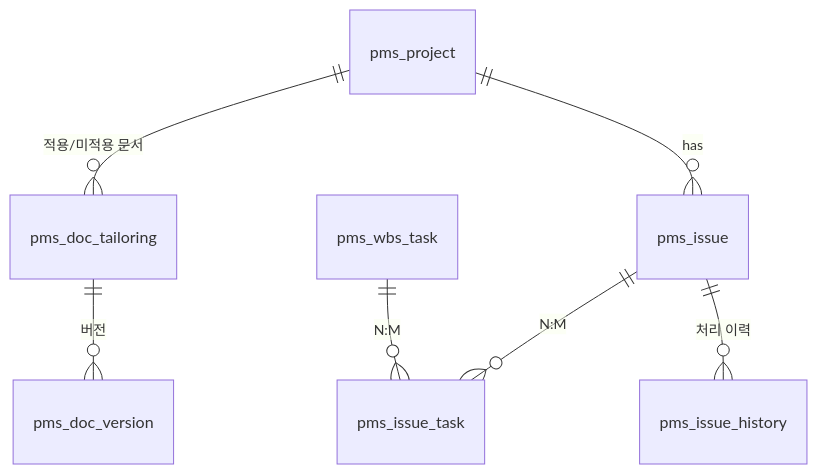
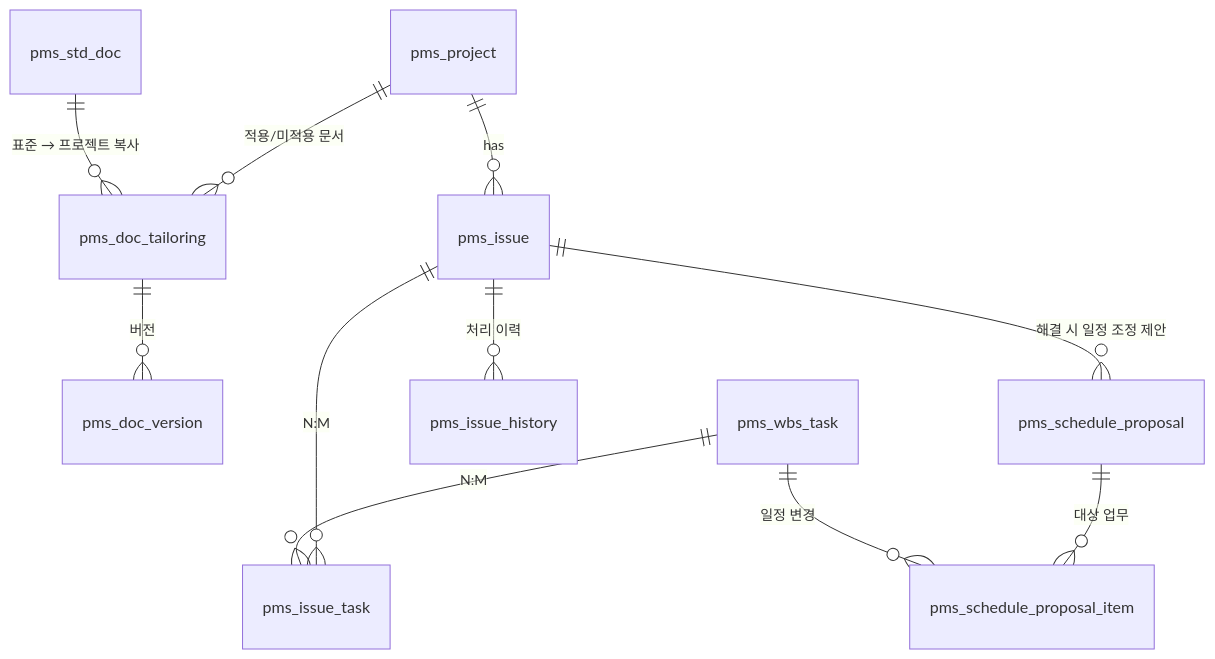
One commit to pappel00/jepf_pms_ax changed the sixth of 8 diagrams in docs/pms/03-ERD.md. Above: the diagram before and after it, drawn with Mermaid. The commit also changed other lines of this file and 130 other files, not shown here.

````diff
--- a/docs/pms/03-ERD.md
+++ b/docs/pms/03-ERD.md
@@ -430,9 +430,13 @@
 ```mermaid
 erDiagram
   pms_project ||--o{ pms_doc_tailoring : "적용/미적용 문서"
   pms_doc_tailoring ||--o{ pms_doc_version : "버전"
+  pms_std_doc ||--o{ pms_doc_tailoring : "표준 → 프로젝트 복사"
   pms_project ||--o{ pms_issue : has
   pms_issue ||--o{ pms_issue_task : "N:M"
   pms_wbs_task ||--o{ pms_issue_task : "N:M"
   pms_issue ||--o{ pms_issue_history : "처리 이력"
+  pms_issue ||--o{ pms_schedule_proposal : "해결 시 일정 조정 제안"
+  pms_schedule_proposal ||--o{ pms_schedule_proposal_item : "대상 업무"
+  pms_wbs_task ||--o{ pms_schedule_proposal_item : "일정 변경"
 ```
````
